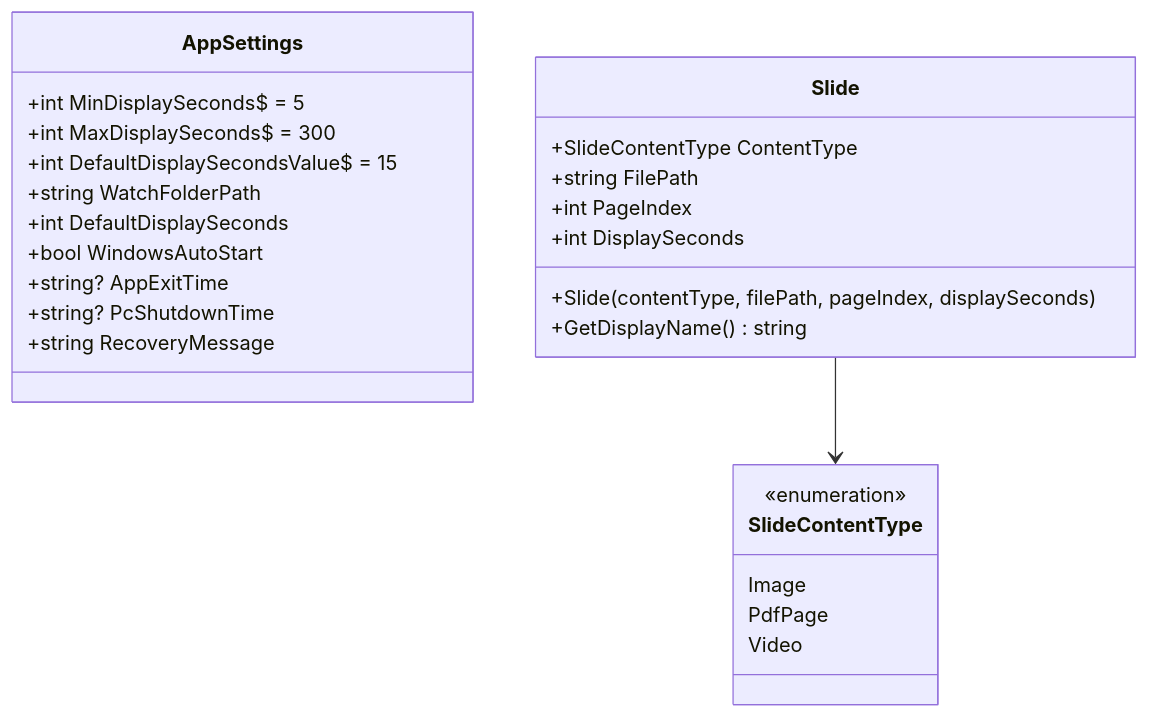
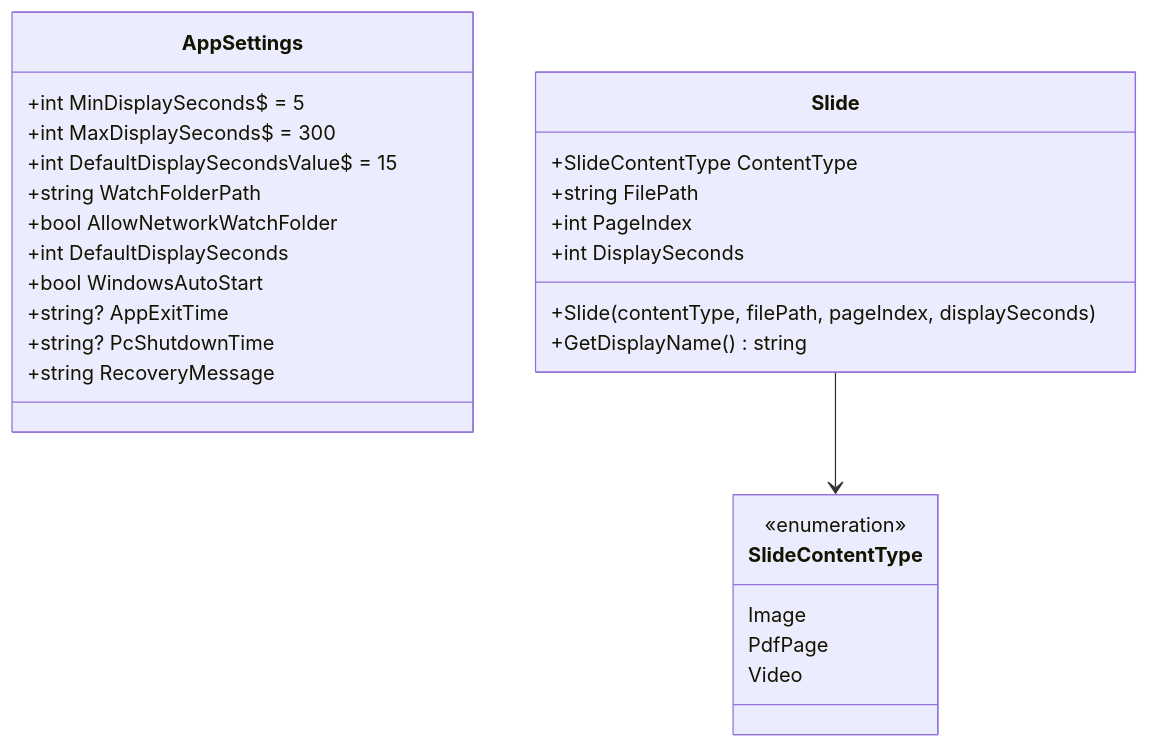
One commit to kamanori3/SimpleDigitalSignage changed the sixth of 9 diagrams in docs/クラス設計図.md. Above: the diagram before and after it, drawn with Mermaid. The commit also changed other lines of this file and 35 other files, not shown here.

````diff
--- a/docs/クラス設計図.md
+++ b/docs/クラス設計図.md
@@ -309,32 +317,33 @@
 ```mermaid
 classDiagram
   class AppSettings {
     +int MinDisplaySeconds$ = 5
     +int MaxDisplaySeconds$ = 300
     +int DefaultDisplaySecondsValue$ = 15
     +string WatchFolderPath
+    +bool AllowNetworkWatchFolder
     +int DefaultDisplaySeconds
     +bool WindowsAutoStart
     +string? AppExitTime
     +string? PcShutdownTime
     +string RecoveryMessage
   }
 
   class Slide {
     +SlideContentType ContentType
     +string FilePath
     +int PageIndex
     +int DisplaySeconds
     +Slide(contentType, filePath, pageIndex, displaySeconds)
     +GetDisplayName() string
   }
 
   class SlideContentType {
     <<enumeration>>
     Image
     PdfPage
     Video
   }
 
   Slide --> SlideContentType
 ```
````
